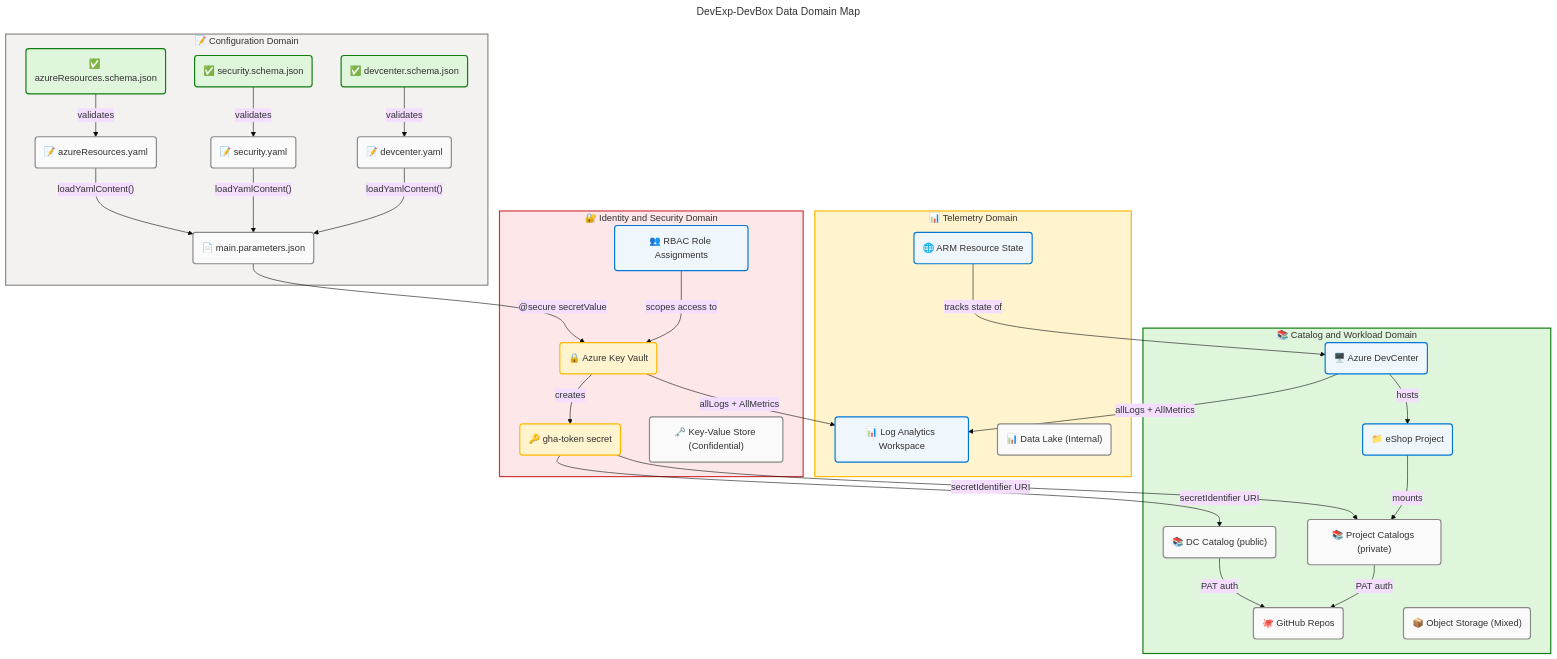
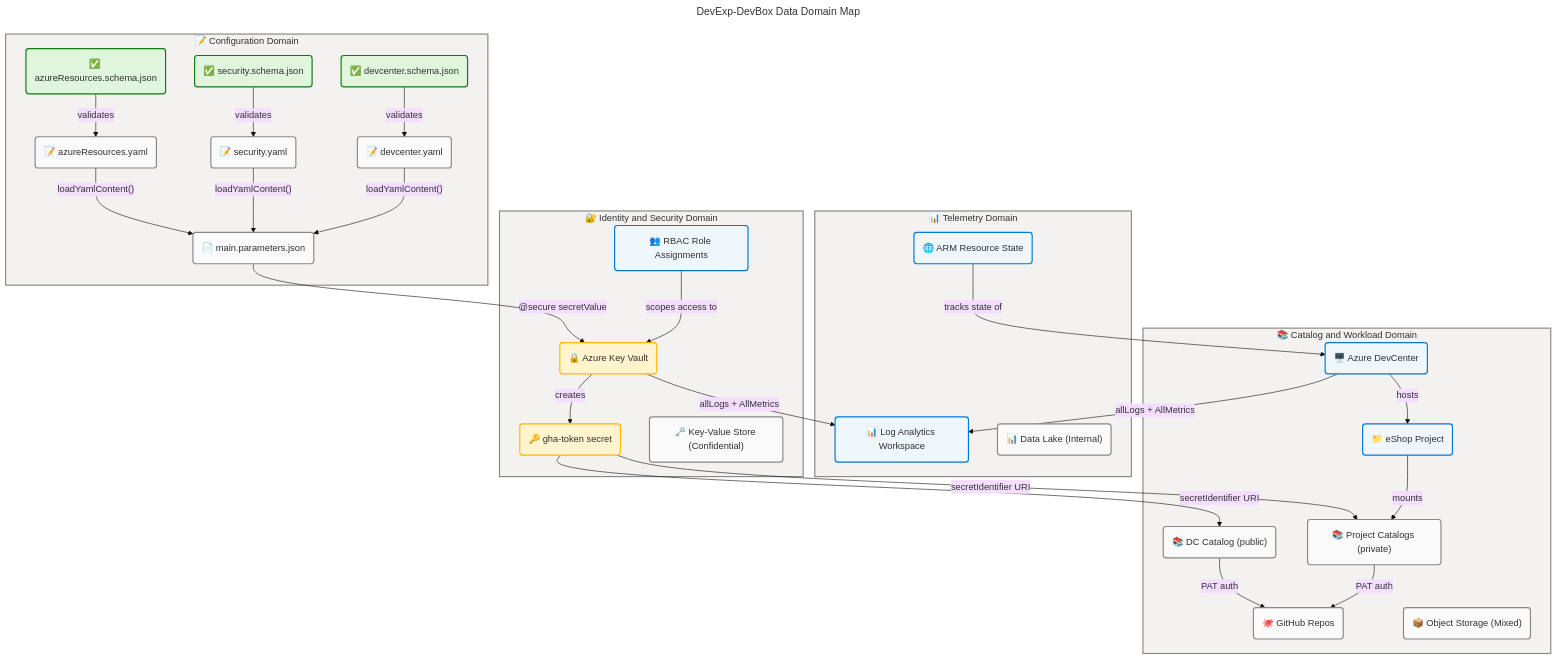
One commit to Evilazaro/DevExp-DevBox changed the first of 5 diagrams in docs/architecture/data-architecture.md. Above: the diagram before and after it, drawn with Mermaid. The commit also changed other lines of this file and 2 other files, not shown here.

Commit message:
refactor: Update Mermaid diagram styles for improved visual consistency across architecture documents

````diff
--- a/docs/architecture/data-architecture.md
+++ b/docs/architecture/data-architecture.md
@@ -317,7 +317,7 @@
     classDef neutral fill:#FAFAFA,stroke:#8A8886,stroke-width:2px,color:#323130
 
     style configDomain fill:#F3F2F1,stroke:#8A8886,stroke-width:2px,color:#323130
-    style securityDomain fill:#FDE7E9,stroke:#D13438,stroke-width:2px,color:#323130
-    style telemetryDomain fill:#FFF4CE,stroke:#FFB900,stroke-width:2px,color:#323130
-    style catalogDomain fill:#DFF6DD,stroke:#107C10,stroke-width:2px,color:#323130
+    style securityDomain fill:#F3F2F1,stroke:#8A8886,stroke-width:2px,color:#323130
+    style telemetryDomain fill:#F3F2F1,stroke:#8A8886,stroke-width:2px,color:#323130
+    style catalogDomain fill:#F3F2F1,stroke:#8A8886,stroke-width:2px,color:#323130
 ```
````
